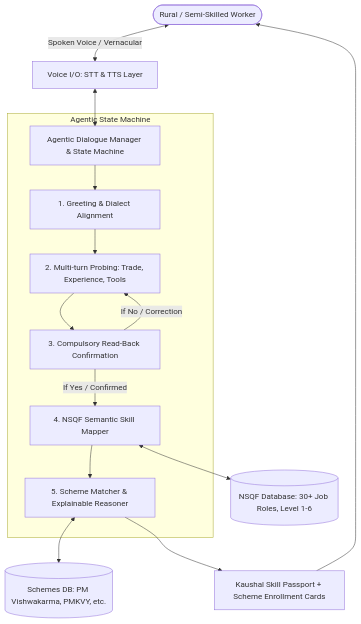
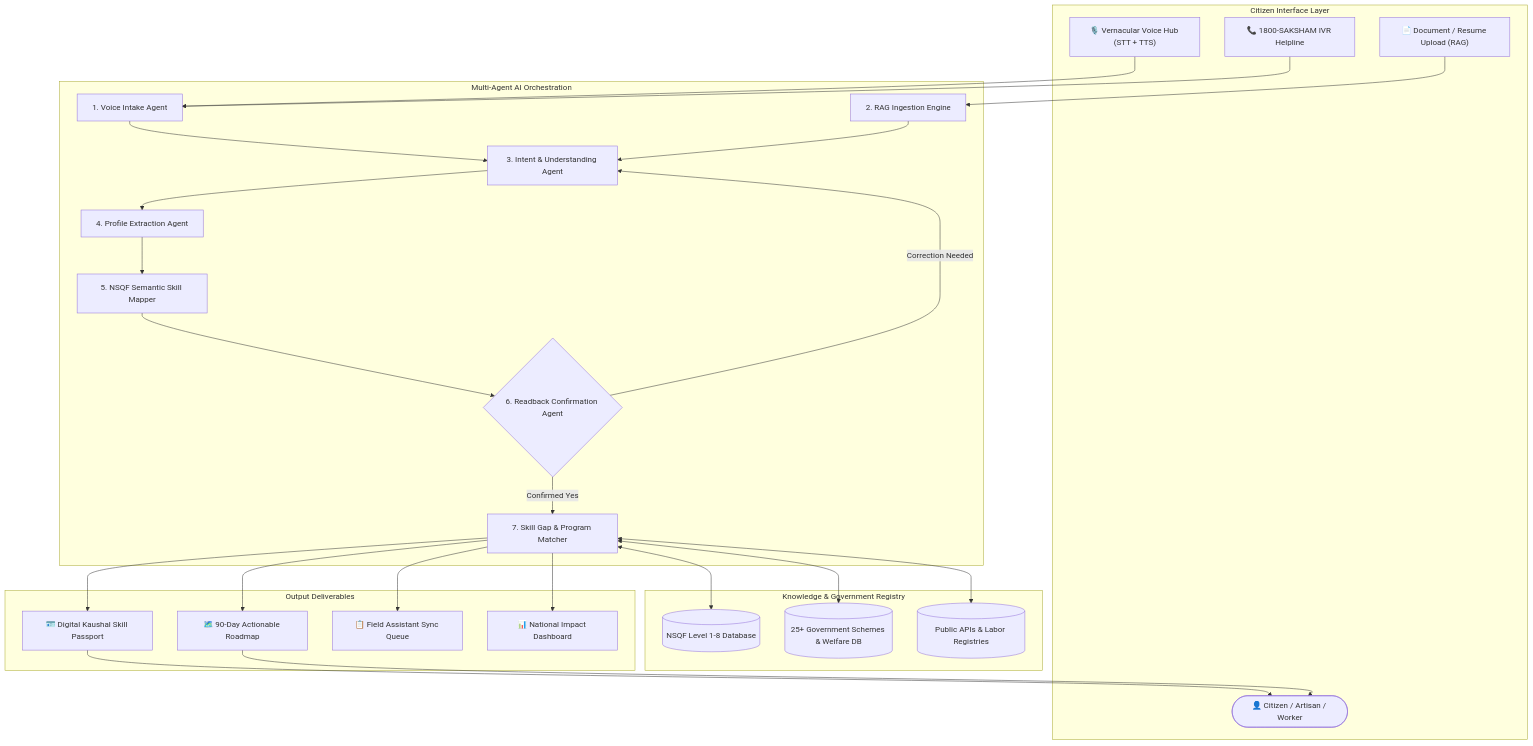
Before and after one commit to Vivek-git-1432/AI-Hackathon: the diagram in README.md, drawn with Mermaid. The commit also changed other lines of this file, not shown here.

Commit message:
docs: complete comprehensive human-written documentation, architecture diagrams, and clean repository structure

````diff
--- a/README.md
+++ b/README.md
@@ -46,20 +79,40 @@
 ```mermaid
 flowchart TD
-    Worker([Rural / Semi-Skilled Worker]) <-->|Spoken Voice / Vernacular| VoiceIO[Voice I/O: STT & TTS Layer]
-    VoiceIO <--> AgenticEngine[Agentic Dialogue Manager & State Machine]
-
-    subgraph Agentic State Machine
-        AgenticEngine --> S1[1. Greeting & Dialect Alignment]
-        S1 --> S2[2. Multi-turn Probing: Trade, Experience, Tools]
-        S2 --> S3[3. Compulsory Read-Back Confirmation]
-        S3 -->|If No / Correction| S2
-        S3 -->|If Yes / Confirmed| S4[4. NSQF Semantic Skill Mapper]
-        S4 --> S5[5. Scheme Matcher & Explainable Reasoner]
+    subgraph Citizen Interface Layer
+        Worker([👤 Citizen / Artisan / Worker])
+        VoiceHub["🎙️ Vernacular Voice Hub (STT + TTS)"]
+        DocUpload["📄 Document / Resume Upload (RAG)"]
+        IVR["📞 1800-SAKSHAM IVR Helpline"]
     end
 
-    S4 <--> NSQFDB[(NSQF Database: 30+ Job Roles, Level 1-6)]
-    S5 <--> SchemeDB[(Schemes DB: PM Vishwakarma, PMKVY, etc.)]
+    subgraph Multi-Agent AI Orchestration
+        VoiceHub --> IntakeAgent["1. Voice Intake Agent"]
+        DocUpload --> RAGParser["2. RAG Ingestion Engine"]
+        IVR --> IntakeAgent
+        
+        IntakeAgent --> UnderstandAgent["3. Intent & Understanding Agent"]
+        RAGParser --> UnderstandAgent
+        UnderstandAgent --> ProfileAgent["4. Profile Extraction Agent"]
+        ProfileAgent --> SkillAgent["5. NSQF Semantic Skill Mapper"]
+        
+        SkillAgent --> ReadbackAgent{"6. Readback Confirmation Agent"}
+        ReadbackAgent -->|Correction Needed| UnderstandAgent
+        ReadbackAgent -->|Confirmed Yes| GapAgent["7. Skill Gap & Program Matcher"]
+    end
 
-    S5 --> Passport[Kaushal Skill Passport + Scheme Enrollment Cards]
+    subgraph Knowledge & Government Registry
+        GapAgent <--> NSQF_DB[(NSQF Level 1-8 Database)]
+        GapAgent <--> Scheme_DB[(25+ Government Schemes & Welfare DB)]
+        GapAgent <--> PublicAPI[(Public APIs & Labor Registries)]
+    end
+
+    subgraph Output Deliverables
+        GapAgent --> Passport["🪪 Digital Kaushal Skill Passport"]
+        GapAgent --> Roadmap["🗺️ 90-Day Actionable Roadmap"]
+        GapAgent --> FieldQueue["📋 Field Assistant Sync Queue"]
+        GapAgent --> Analytics["📊 National Impact Dashboard"]
+    end
+
     Passport --> Worker
+    Roadmap --> Worker
 ```
````
